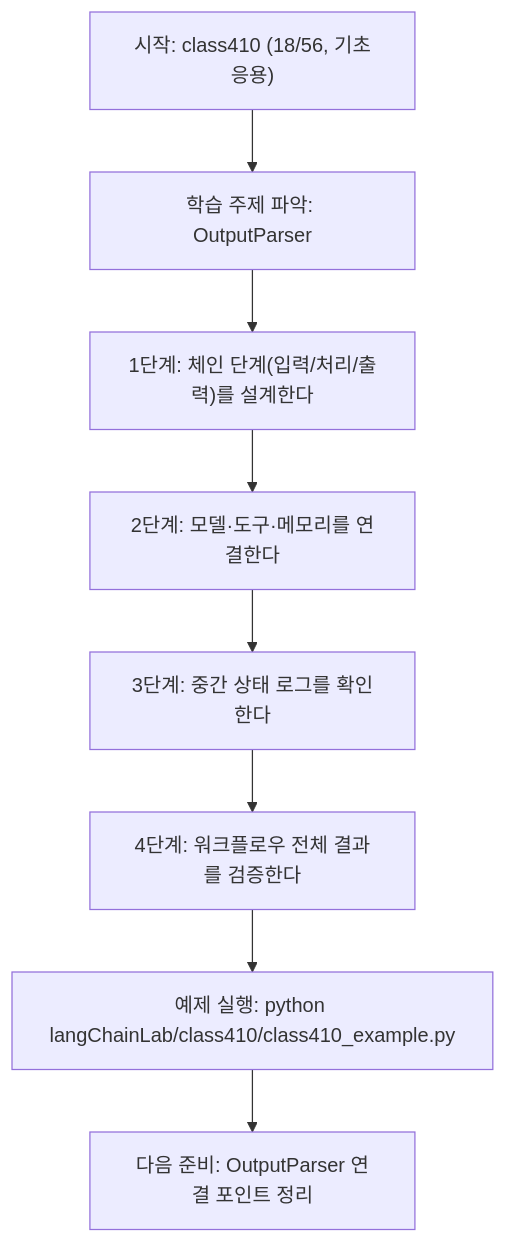
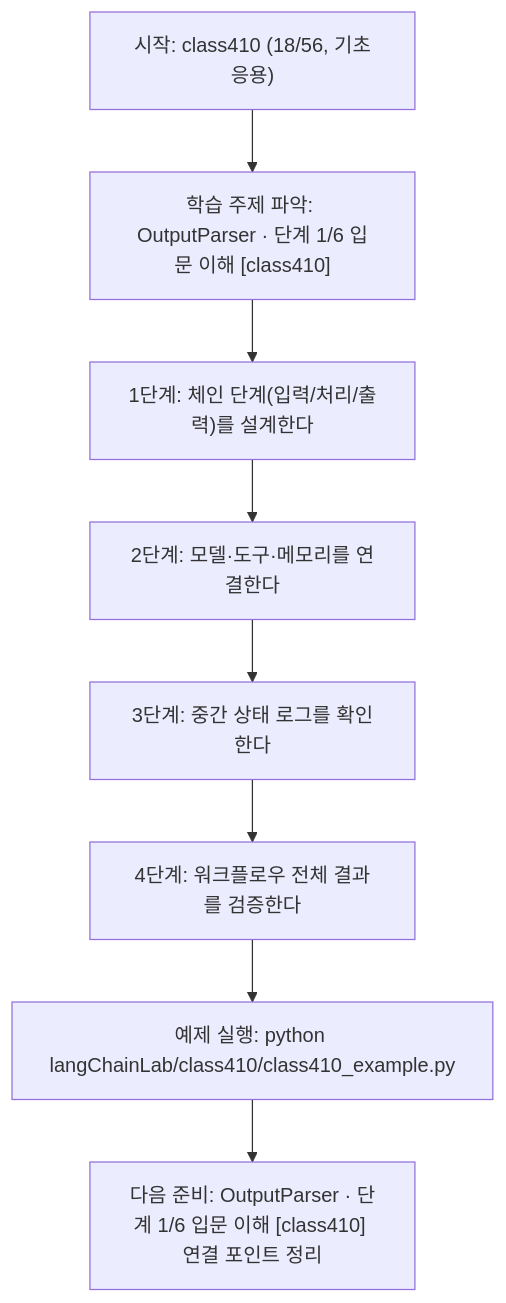
Before and after one commit to edumgt/Python-AI_Agent-Class: the diagram in langChainLab/class410/class410.md, drawn with Mermaid. The commit also changed other lines of this file and 522 other files, not shown here.

````diff
--- a/langChainLab/class410/class410.md
+++ b/langChainLab/class410/class410.md
@@ -107,18 +108,18 @@
 ```mermaid
 flowchart TD
 N1["시작: class410 (18/56, 기초응용)"]
-N2["학습 주제 파악: OutputParser"]
+N2["학습 주제 파악: OutputParser · 단계 1/6 입문 이해 [class410]"]
 N3["1단계: 체인 단계(입력/처리/출력)를 설계한다"]
 N4["2단계: 모델·도구·메모리를 연결한다"]
 N5["3단계: 중간 상태 로그를 확인한다"]
 N6["4단계: 워크플로우 전체 결과를 검증한다"]
 N7["예제 실행: python langChainLab/class410/class410_example.py"]
-N8["다음 준비: OutputParser 연결 포인트 정리"]
+N8["다음 준비: OutputParser · 단계 1/6 입문 이해 [class410] 연결 포인트 정리"]
 N1 --> N2
 N2 --> N3
 N3 --> N4
 N4 --> N5
 N5 --> N6
 N6 --> N7
 N7 --> N8
 ```
````
